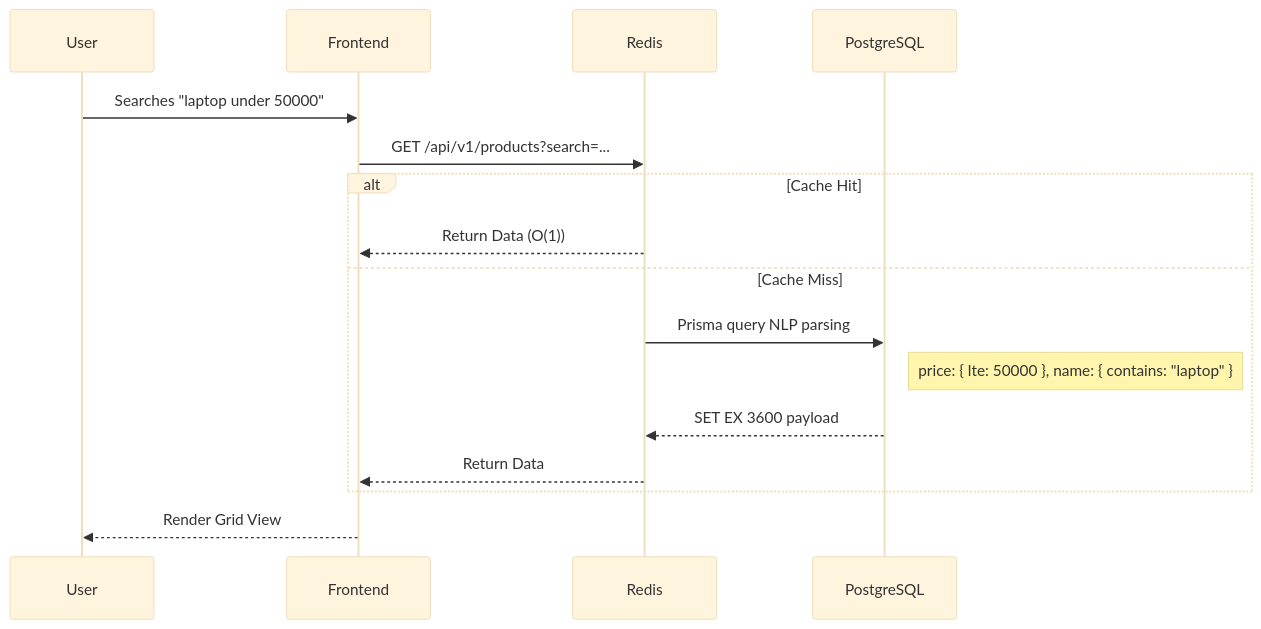
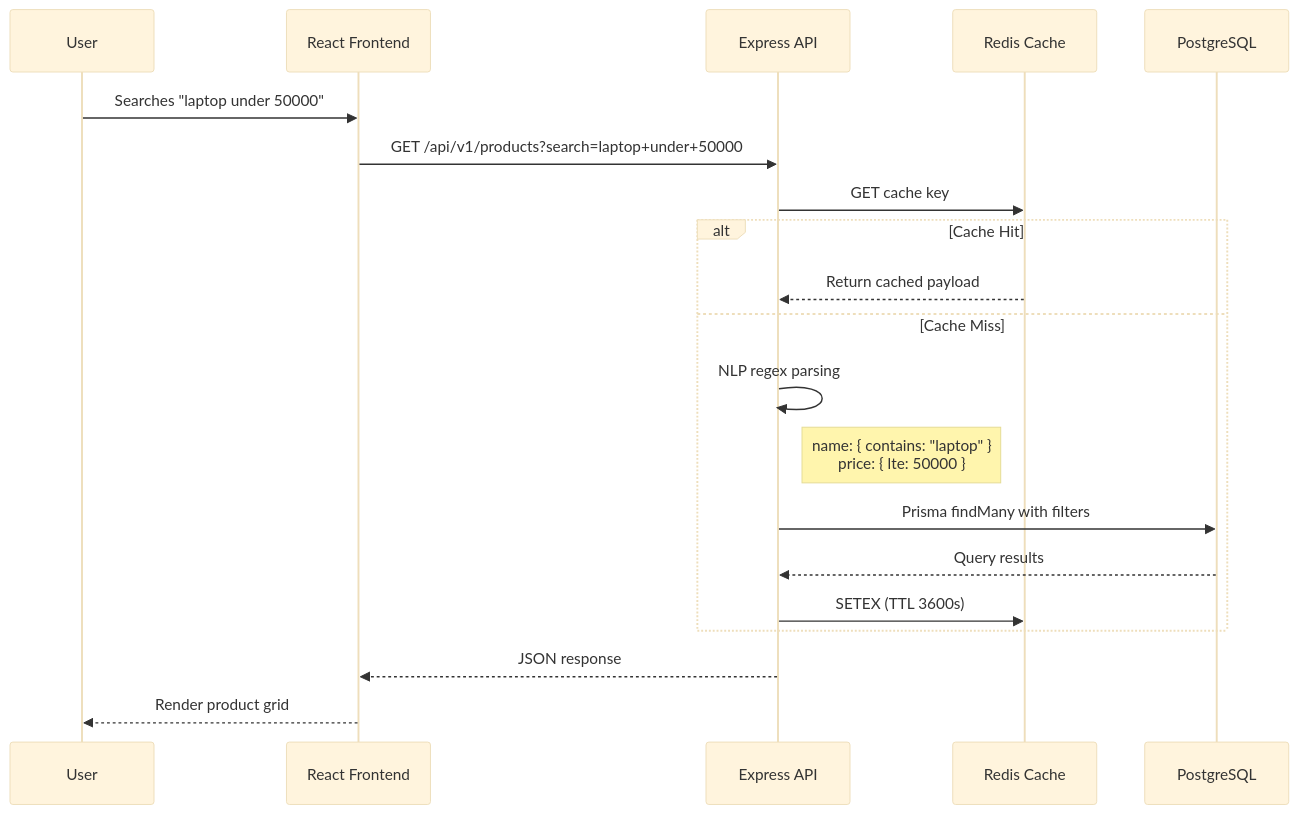
Before and after one commit to Flamekaiser17/scalecart: the second of 3 diagrams in README.md, drawn with Mermaid (base theme). The commit also changed other lines of this file and 2 other files, not shown here.

Commit message:
feat: implementing native PostgreSQL Full-Text search and production README

````diff
--- a/README.md
+++ b/README.md
@@ -67,19 +105,23 @@
 ```mermaid
 sequenceDiagram
     participant User
-    participant Frontend
-    participant Redis
-    participant PostgreSQL
-    
-    User->>Frontend: Searches "laptop under 50000"
-    Frontend->>Redis: GET /api/v1/products?search=...
+    participant React as React Frontend
+    participant Express as Express API
+    participant Redis as Redis Cache
+    participant PG as PostgreSQL
+
+    User->>React: Searches "laptop under 50000"
+    React->>Express: GET /api/v1/products?search=laptop+under+50000
+    Express->>Redis: GET cache key
     alt Cache Hit
-        Redis-->>Frontend: Return Data (O(1))
+        Redis-->>Express: Return cached payload
     else Cache Miss
-        Redis->>PostgreSQL: Prisma query NLP parsing
-        Note right of PostgreSQL: price: { lte: 50000 }, name: { contains: "laptop" }
-        PostgreSQL-->>Redis: SET EX 3600 payload
-        Redis-->>Frontend: Return Data
+        Express->>Express: NLP regex parsing
+        Note right of Express: name: { contains: "laptop" }<br/>price: { lte: 50000 }
+        Express->>PG: Prisma findMany with filters
+        PG-->>Express: Query results
+        Express->>Redis: SETEX (TTL 3600s)
     end
-    Frontend-->>User: Render Grid View
+    Express-->>React: JSON response
+    React-->>User: Render product grid
 ```
````
